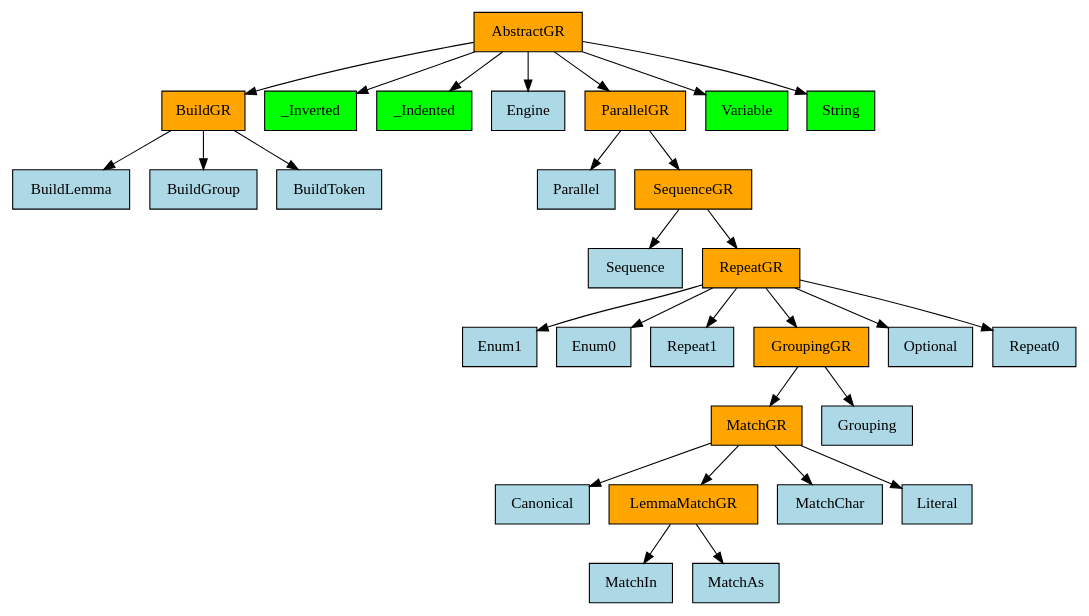
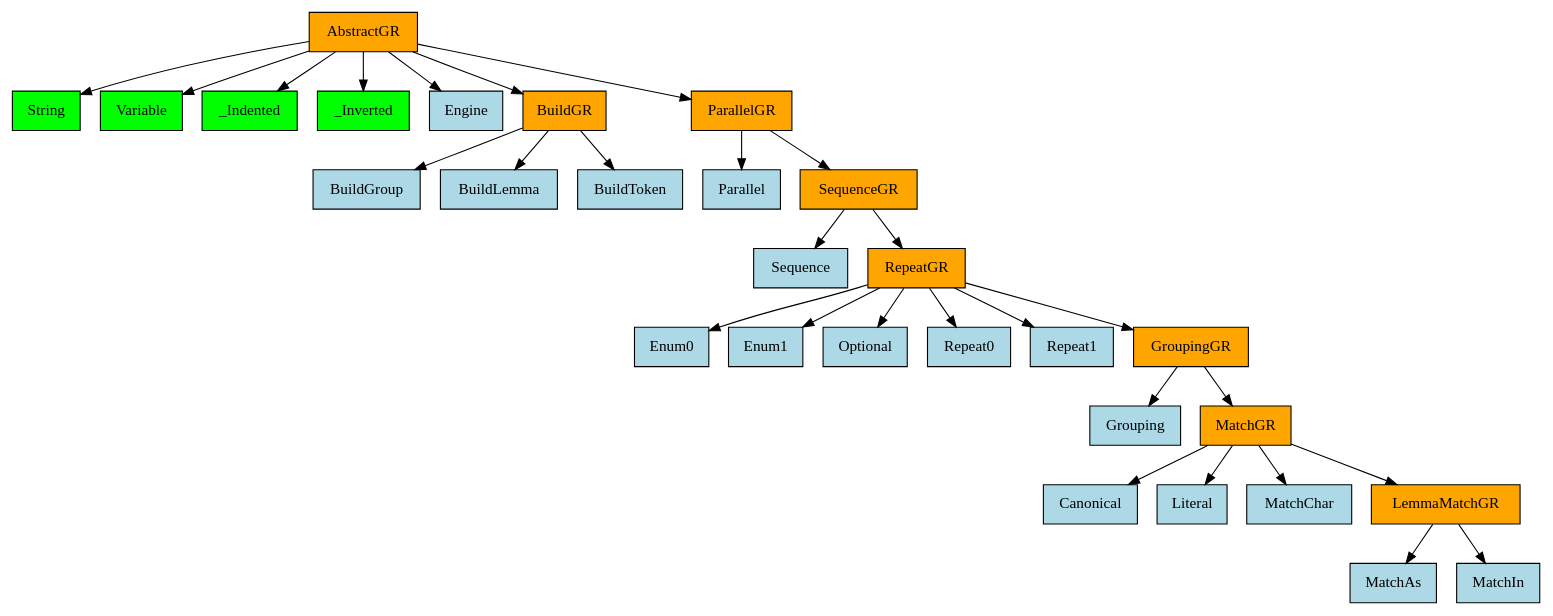
Before and after one commit to GabrielAmare/Language: the diagram in language/base/bnf/v0_0_1/mro_graph.gv, drawn with Graphviz. The commit also changed 12 other files, not shown here.

```diff
--- a/language/base/bnf/v0_0_1/mro_graph.gv
+++ b/language/base/bnf/v0_0_1/mro_graph.gv
@@ -1,59 +1,59 @@
 digraph {
 	0 [label=AbstractGR fillcolor=orange shape=rect style=filled]
-	1 [label=BuildGR fillcolor=orange shape=rect style=filled]
-	2 [label=_Inverted fillcolor=lime shape=rect style=filled]
+	1 [label=String fillcolor=lime shape=rect style=filled]
+	2 [label=Variable fillcolor=lime shape=rect style=filled]
 	3 [label=_Indented fillcolor=lime shape=rect style=filled]
-	4 [label=Engine fillcolor=lightblue shape=rect style=filled]
-	5 [label=ParallelGR fillcolor=orange shape=rect style=filled]
-	6 [label=Variable fillcolor=lime shape=rect style=filled]
-	7 [label=String fillcolor=lime shape=rect style=filled]
-	8 [label=BuildLemma fillcolor=lightblue shape=rect style=filled]
-	9 [label=BuildGroup fillcolor=lightblue shape=rect style=filled]
+	4 [label=_Inverted fillcolor=lime shape=rect style=filled]
+	5 [label=Engine fillcolor=lightblue shape=rect style=filled]
+	6 [label=BuildGR fillcolor=orange shape=rect style=filled]
+	7 [label=ParallelGR fillcolor=orange shape=rect style=filled]
+	8 [label=BuildGroup fillcolor=lightblue shape=rect style=filled]
+	9 [label=BuildLemma fillcolor=lightblue shape=rect style=filled]
 	10 [label=BuildToken fillcolor=lightblue shape=rect style=filled]
 	11 [label=Parallel fillcolor=lightblue shape=rect style=filled]
 	12 [label=SequenceGR fillcolor=orange shape=rect style=filled]
 	13 [label=Sequence fillcolor=lightblue shape=rect style=filled]
 	14 [label=RepeatGR fillcolor=orange shape=rect style=filled]
-	15 [label=Enum1 fillcolor=lightblue shape=rect style=filled]
-	16 [label=Enum0 fillcolor=lightblue shape=rect style=filled]
-	17 [label=Repeat1 fillcolor=lightblue shape=rect style=filled]
-	18 [label=GroupingGR fillcolor=orange shape=rect style=filled]
-	19 [label=Optional fillcolor=lightblue shape=rect style=filled]
-	20 [label=Repeat0 fillcolor=lightblue shape=rect style=filled]
-	21 [label=MatchGR fillcolor=orange shape=rect style=filled]
-	22 [label=Grouping fillcolor=lightblue shape=rect style=filled]
+	15 [label=Enum0 fillcolor=lightblue shape=rect style=filled]
+	16 [label=Enum1 fillcolor=lightblue shape=rect style=filled]
+	17 [label=Optional fillcolor=lightblue shape=rect style=filled]
+	18 [label=Repeat0 fillcolor=lightblue shape=rect style=filled]
+	19 [label=Repeat1 fillcolor=lightblue shape=rect style=filled]
+	20 [label=GroupingGR fillcolor=orange shape=rect style=filled]
+	21 [label=Grouping fillcolor=lightblue shape=rect style=filled]
+	22 [label=MatchGR fillcolor=orange shape=rect style=filled]
 	23 [label=Canonical fillcolor=lightblue shape=rect style=filled]
-	24 [label=LemmaMatchGR fillcolor=orange shape=rect style=filled]
+	24 [label=Literal fillcolor=lightblue shape=rect style=filled]
 	25 [label=MatchChar fillcolor=lightblue shape=rect style=filled]
-	26 [label=Literal fillcolor=lightblue shape=rect style=filled]
-	27 [label=MatchIn fillcolor=lightblue shape=rect style=filled]
-	28 [label=MatchAs fillcolor=lightblue shape=rect style=filled]
+	26 [label=LemmaMatchGR fillcolor=orange shape=rect style=filled]
+	27 [label=MatchAs fillcolor=lightblue shape=rect style=filled]
+	28 [label=MatchIn fillcolor=lightblue shape=rect style=filled]
 	0 -> 1
 	0 -> 2
 	0 -> 3
 	0 -> 4
 	0 -> 5
 	0 -> 6
 	0 -> 7
-	1 -> 8
-	1 -> 9
-	1 -> 10
-	5 -> 11
-	5 -> 12
+	6 -> 8
+	6 -> 9
+	6 -> 10
+	7 -> 11
+	7 -> 12
 	12 -> 13
 	12 -> 14
 	14 -> 15
 	14 -> 16
 	14 -> 17
 	14 -> 18
 	14 -> 19
 	14 -> 20
-	18 -> 21
-	18 -> 22
-	21 -> 23
-	21 -> 24
-	21 -> 25
-	21 -> 26
-	24 -> 27
-	24 -> 28
+	20 -> 21
+	20 -> 22
+	22 -> 23
+	22 -> 24
+	22 -> 25
+	22 -> 26
+	26 -> 27
+	26 -> 28
 }
```
